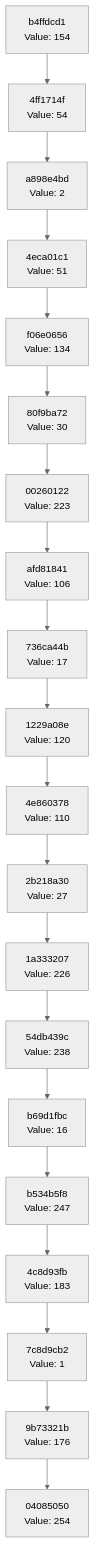
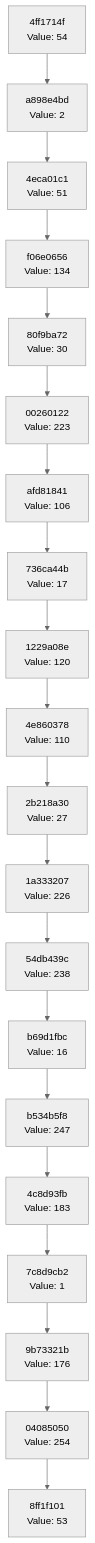
The diagram in docs/CHAIN_VISUALIZATION.md (Abhisheksinha1506/hash-chain-evolver), drawn with Mermaid (neutral theme) before and after one commit. The commit also changed 2 other files, not shown here.

Commit message:
Evolution step: hash 0x35 → action executed

````diff
--- a/docs/CHAIN_VISUALIZATION.md
+++ b/docs/CHAIN_VISUALIZATION.md
@@ -3,42 +3,42 @@
 ```mermaid
 graph TD
-    C0["04085050<br/>Value: 254"]
-    C1["9b73321b<br/>Value: 176"]
+    C0["8ff1f101<br/>Value: 53"]
+    C1["04085050<br/>Value: 254"]
     C1 --> C0
-    C2["7c8d9cb2<br/>Value: 1"]
+    C2["9b73321b<br/>Value: 176"]
     C2 --> C1
-    C3["4c8d93fb<br/>Value: 183"]
+    C3["7c8d9cb2<br/>Value: 1"]
     C3 --> C2
-    C4["b534b5f8<br/>Value: 247"]
+    C4["4c8d93fb<br/>Value: 183"]
     C4 --> C3
-    C5["b69d1fbc<br/>Value: 16"]
+    C5["b534b5f8<br/>Value: 247"]
     C5 --> C4
-    C6["54db439c<br/>Value: 238"]
+    C6["b69d1fbc<br/>Value: 16"]
     C6 --> C5
-    C7["1a333207<br/>Value: 226"]
+    C7["54db439c<br/>Value: 238"]
     C7 --> C6
-    C8["2b218a30<br/>Value: 27"]
+    C8["1a333207<br/>Value: 226"]
     C8 --> C7
-    C9["4e860378<br/>Value: 110"]
+    C9["2b218a30<br/>Value: 27"]
     C9 --> C8
-    C10["1229a08e<br/>Value: 120"]
+    C10["4e860378<br/>Value: 110"]
     C10 --> C9
-    C11["736ca44b<br/>Value: 17"]
+    C11["1229a08e<br/>Value: 120"]
     C11 --> C10
-    C12["afd81841<br/>Value: 106"]
+    C12["736ca44b<br/>Value: 17"]
     C12 --> C11
-    C13["00260122<br/>Value: 223"]
+    C13["afd81841<br/>Value: 106"]
     C13 --> C12
-    C14["80f9ba72<br/>Value: 30"]
+    C14["00260122<br/>Value: 223"]
     C14 --> C13
-    C15["f06e0656<br/>Value: 134"]
+    C15["80f9ba72<br/>Value: 30"]
     C15 --> C14
-    C16["4eca01c1<br/>Value: 51"]
+    C16["f06e0656<br/>Value: 134"]
     C16 --> C15
-    C17["a898e4bd<br/>Value: 2"]
+    C17["4eca01c1<br/>Value: 51"]
     C17 --> C16
-    C18["4ff1714f<br/>Value: 54"]
+    C18["a898e4bd<br/>Value: 2"]
     C18 --> C17
-    C19["b4ffdcd1<br/>Value: 154"]
+    C19["4ff1714f<br/>Value: 54"]
     C19 --> C18
 ```
````
